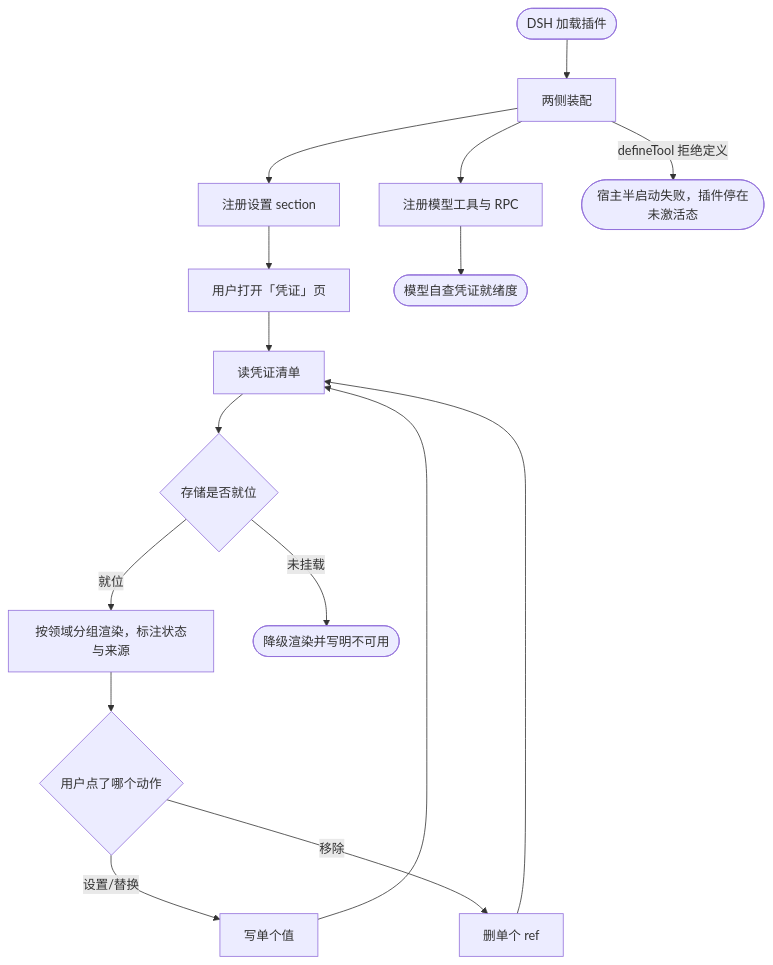
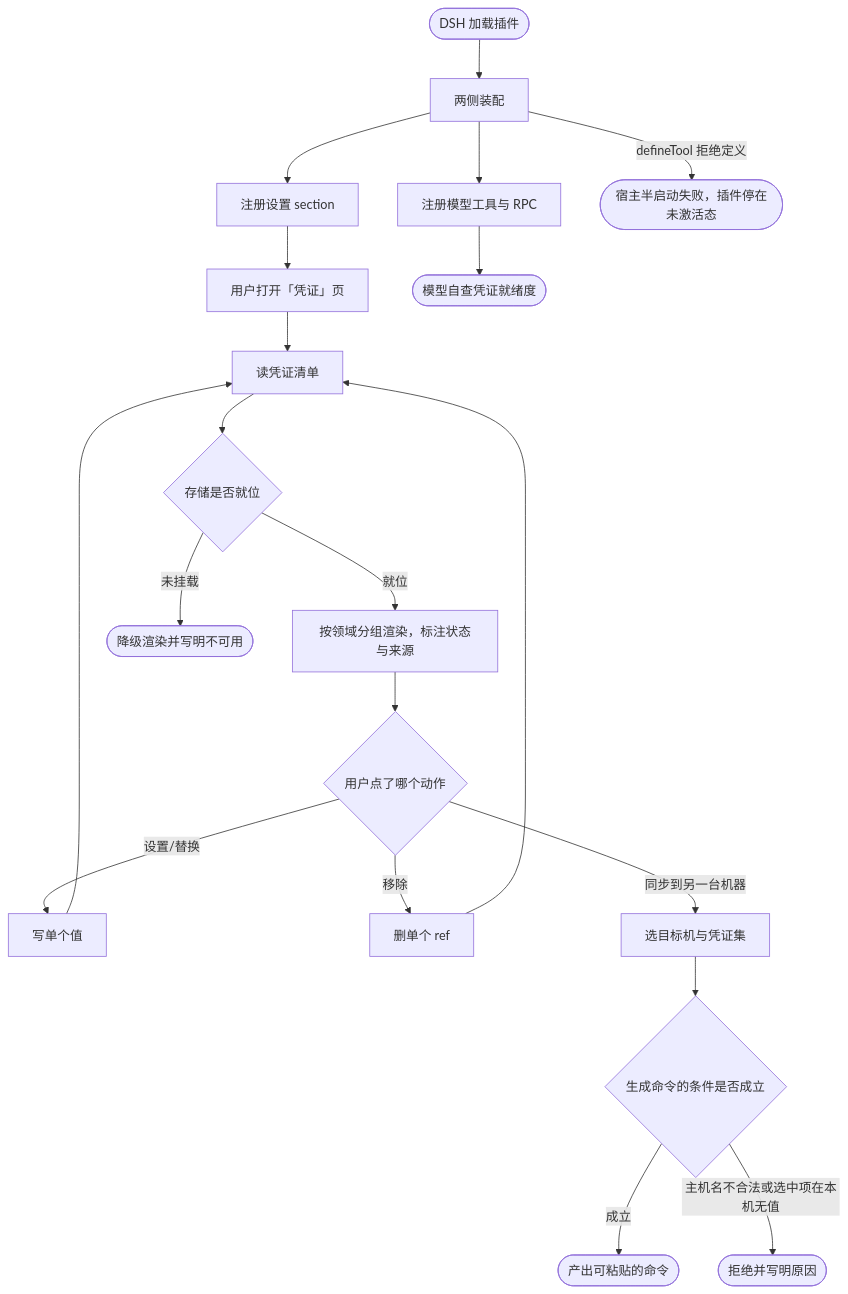
The diagram in assets/projects/dsh-credentials/feature-flow.md (yunjies/knowledge-base), drawn with Mermaid before and after one commit. The commit also changed other lines of this file, not shown here.

````diff
--- a/assets/projects/dsh-credentials/feature-flow.md
+++ b/assets/projects/dsh-credentials/feature-flow.md
@@ -9,18 +9,22 @@
 ```mermaid
 flowchart TB
   START(["DSH 加载插件"]) --> MOUNT["两侧装配"]
   MOUNT --> SECTION["注册设置 section"]
   MOUNT --> TOOL["注册模型工具与 RPC"]
   MOUNT -->|"defineTool 拒绝定义"| MOUNT_FAIL(["宿主半启动失败，插件停在未激活态"])
   SECTION --> OPEN["用户打开「凭证」页"]
   OPEN --> LIST["读凭证清单"]
   LIST --> RENDER{"存储是否就位"}
   RENDER -->|"就位"| GRID["按领域分组渲染，标注状态与来源"]
   RENDER -->|"未挂载"| DEGRADE(["降级渲染并写明不可用"])
   GRID --> ACTION{"用户点了哪个动作"}
   ACTION -->|"设置/替换"| WRITE["写单个值"]
   ACTION -->|"移除"| UNSET["删单个 ref"]
+  ACTION -->|"同步到另一台机器"| SYSELECT["选目标机与凭证集"]
   WRITE --> LIST
   UNSET --> LIST
+  SYSELECT --> SYSCMD{"生成命令的条件是否成立"}
+  SYSCMD -->|"成立"| SYSPASTE(["产出可粘贴的命令"])
+  SYSCMD -->|"主机名不合法或选中项在本机无值"| SYSDENY(["拒绝并写明原因"])
   TOOL --> PROBE(["模型自查凭证就绪度"])
 ```
````
